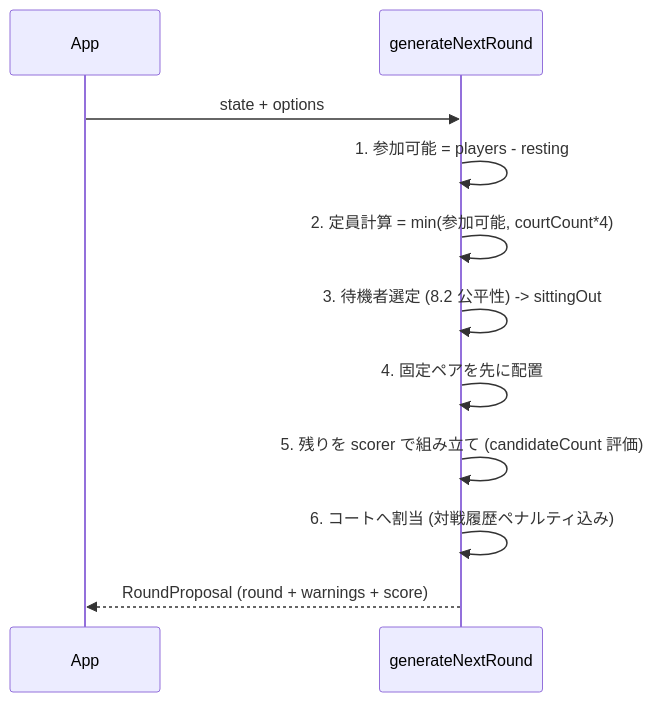
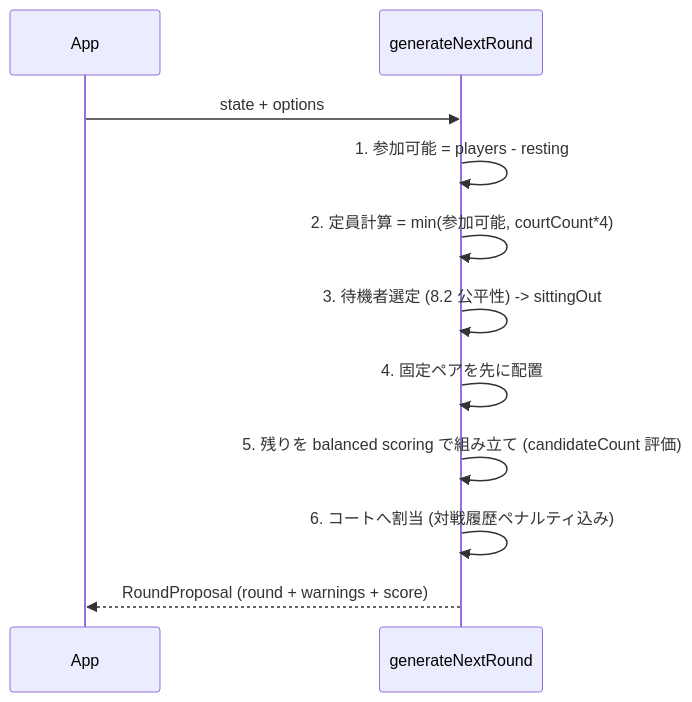
Before and after one commit to KM0912/doubles-scheduler: the second of 3 diagrams in docs/SPEC.md, drawn with Mermaid. The commit also changed other lines of this file and 10 other files, not shown here.

````diff
--- a/docs/SPEC.md
+++ b/docs/SPEC.md
@@ -445,13 +449,13 @@
 ```mermaid
 sequenceDiagram
   participant App as App
   participant Gen as generateNextRound
   App->>Gen: state + options
   Gen->>Gen: 1. 参加可能 = players - resting
   Gen->>Gen: 2. 定員計算 = min(参加可能, courtCount*4)
   Gen->>Gen: 3. 待機者選定 (8.2 公平性) -> sittingOut
   Gen->>Gen: 4. 固定ペアを先に配置
-  Gen->>Gen: 5. 残りを scorer で組み立て (candidateCount 評価)
+  Gen->>Gen: 5. 残りを balanced scoring で組み立て (candidateCount 評価)
   Gen->>Gen: 6. コートへ割当 (対戦履歴ペナルティ込み)
   Gen-->>App: RoundProposal (round + warnings + score)
 ```
````
